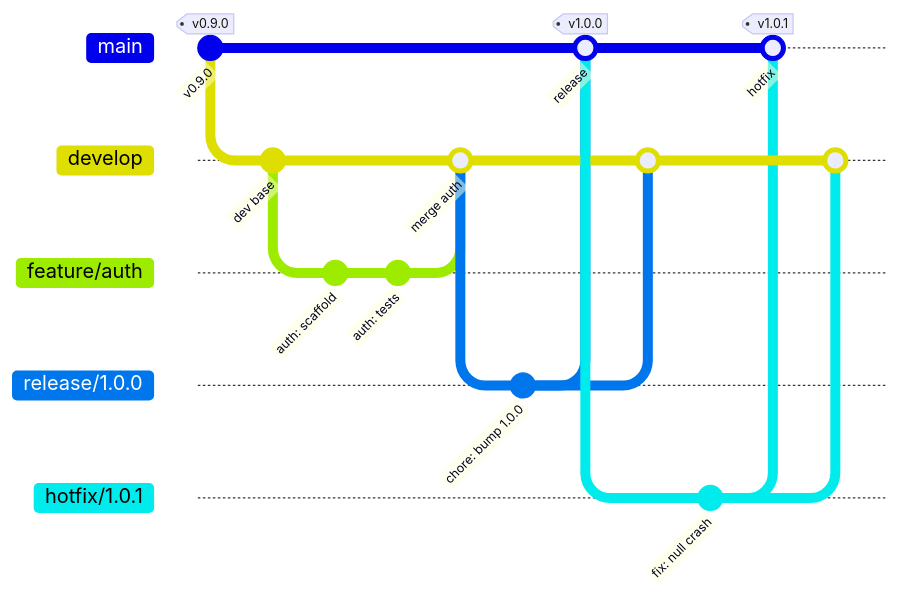
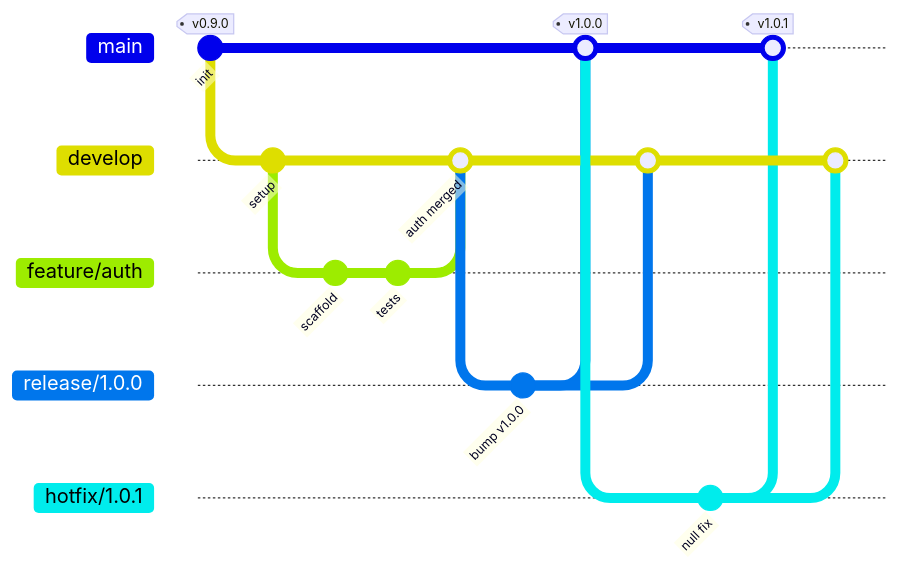
One commit to vsindevops/30-days-devops changed the first of 6 diagrams in _posts/2026-05-14-day-01-git-branching-strategies.md. Above: the diagram before and after it, drawn with Mermaid. The commit also changed other lines of this file, not shown here.

First line of the commit message:
Fix overlapping Mermaid diagrams in Day 1 article

````diff
--- a/_posts/2026-05-14-day-01-git-branching-strategies.md
+++ b/_posts/2026-05-14-day-01-git-branching-strategies.md
@@ -79,28 +79,29 @@
 ```mermaid
+%%{init: {'gitGraph': {'rotateCommitLabel': true}}}%%
 gitGraph
-   commit id: "v0.9.0" tag: "v0.9.0"
+   commit id: "init" tag: "v0.9.0"
    branch develop
    checkout develop
-   commit id: "dev base"
+   commit id: "setup"
    branch feature/auth
    checkout feature/auth
-   commit id: "auth: scaffold"
-   commit id: "auth: tests"
+   commit id: "scaffold"
+   commit id: "tests"
    checkout develop
-   merge feature/auth id: "merge auth"
+   merge feature/auth id: "auth merged"
    branch release/1.0.0
    checkout release/1.0.0
-   commit id: "chore: bump 1.0.0"
+   commit id: "bump v1.0.0"
    checkout main
-   merge release/1.0.0 id: "release" tag: "v1.0.0"
+   merge release/1.0.0 tag: "v1.0.0"
    checkout develop
    merge release/1.0.0
    checkout main
    branch hotfix/1.0.1
    checkout hotfix/1.0.1
-   commit id: "fix: null crash"
+   commit id: "null fix"
    checkout main
-   merge hotfix/1.0.1 id: "hotfix" tag: "v1.0.1"
+   merge hotfix/1.0.1 tag: "v1.0.1"
    checkout develop
    merge hotfix/1.0.1
 ```
````
